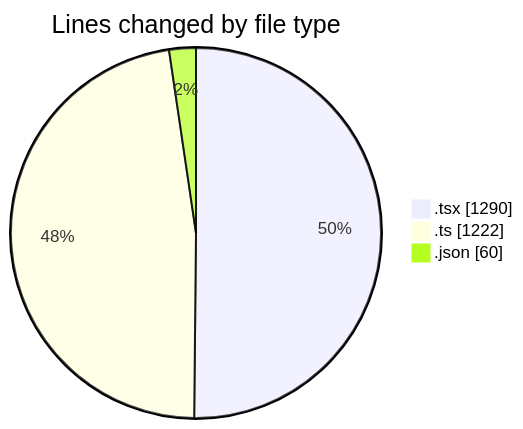
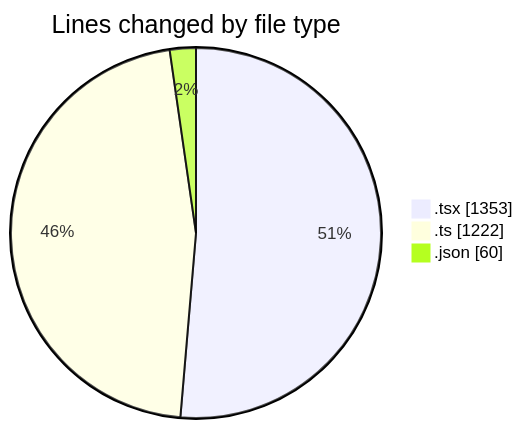
Before and after one commit to nxtqubesakshisongat/code-tracking: the first of 2 diagrams in 2026-04-20/airfeed-analytics-dashboard/README.md, drawn with Mermaid. The commit also changed other lines of this file and 1 other file, not shown here.

````diff
--- a/2026-04-20/airfeed-analytics-dashboard/README.md
+++ b/2026-04-20/airfeed-analytics-dashboard/README.md
@@ -31,7 +31,7 @@
 ```mermaid
 pie showData
 title Lines changed by file type
-".tsx" : 1290
+".tsx" : 1353
 ".ts" : 1222
 ".json" : 60
 ```
````
